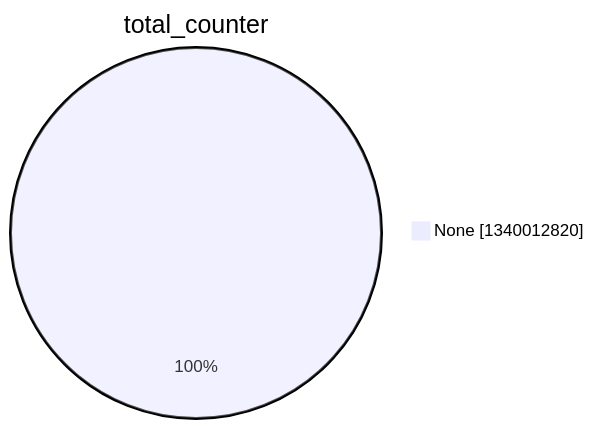
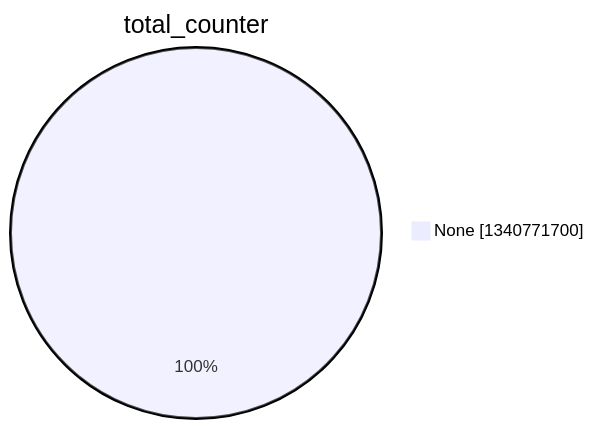
The second of 15 diagrams in argon2022/README.md (christiankrug/ctmonitor_visualization), drawn with Mermaid before and after one commit. The commit also changed other lines of this file, not shown here.

````diff
--- a/argon2022/README.md
+++ b/argon2022/README.md
@@ -9,5 +9,5 @@
 ```mermaid
 pie showData
 title total_counter
-"None" :1340012820
+"None" :1340771700
 ```
````
